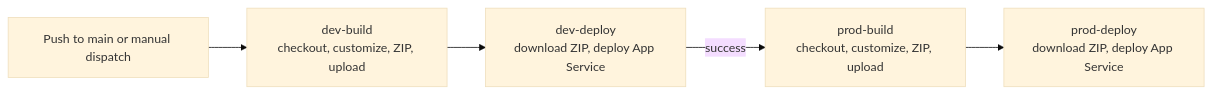
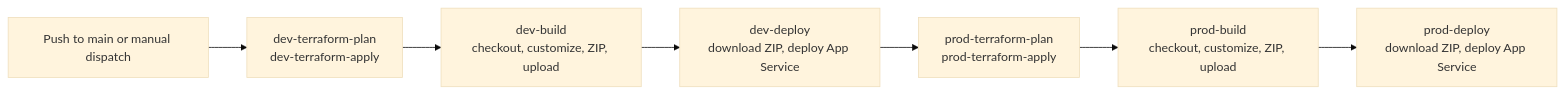
Before and after one commit to MetehanBolat/GH-DevSecOps: the second of 2 diagrams in README.md, drawn with Mermaid (base theme). The commit also changed other lines of this file and 4 other files, not shown here.

````diff
--- a/README.md
+++ b/README.md
@@ -132,8 +91,10 @@
 ```mermaid
 flowchart LR
     START[Push to main or manual dispatch]
-    START --> DB["dev-build<br/>checkout, customize, ZIP, upload"]
+    START --> DT["dev-terraform-plan<br/>dev-terraform-apply"]
+    DT --> DB["dev-build<br/>checkout, customize, ZIP, upload"]
     DB --> DD["dev-deploy<br/>download ZIP, deploy App Service"]
-    DD -->|success| PB["prod-build<br/>checkout, customize, ZIP, upload"]
+    DD --> PT["prod-terraform-plan<br/>prod-terraform-apply"]
+    PT --> PB["prod-build<br/>checkout, customize, ZIP, upload"]
     PB --> PD["prod-deploy<br/>download ZIP, deploy App Service"]
 ```
````
